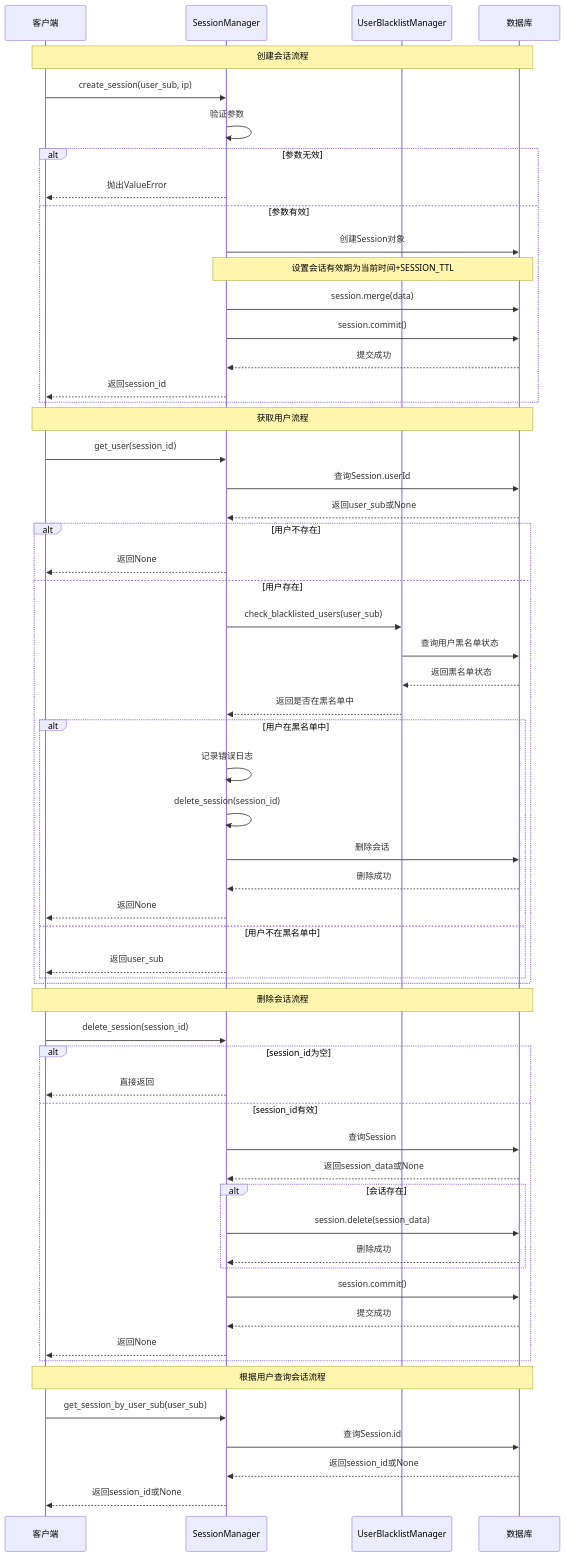
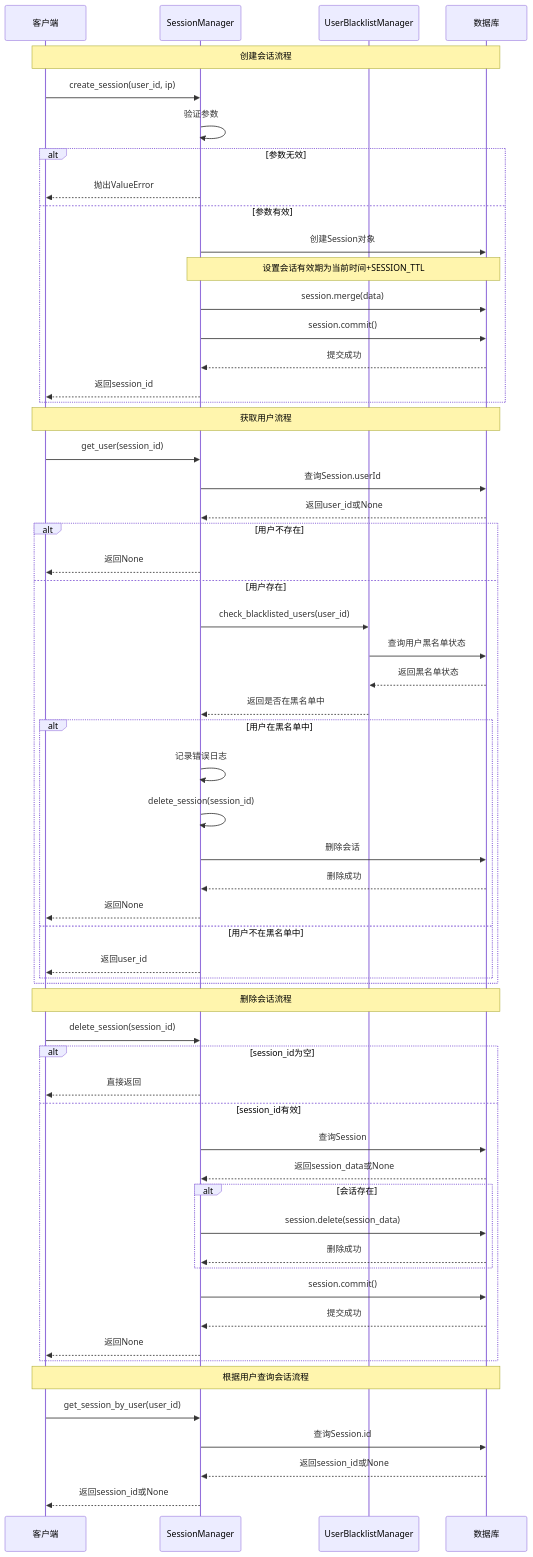
Before and after one commit to openeuler-mirror/euler-copilot-framework: the first of 3 diagrams in design/services/session.md, drawn with Mermaid. The commit also changed other lines of this file and 18 other files, not shown here.

````diff
--- a/design/services/session.md
+++ b/design/services/session.md
@@ -53,67 +53,67 @@
 ```mermaid
 sequenceDiagram
     participant Client as 客户端
     participant SessionMgr as SessionManager
     participant BlacklistMgr as UserBlacklistManager
     participant DB as 数据库
 
     Note over Client, DB: 创建会话流程
-    Client->>SessionMgr: create_session(user_sub, ip)
+    Client->>SessionMgr: create_session(user_id, ip)
     SessionMgr->>SessionMgr: 验证参数
     alt 参数无效
         SessionMgr-->>Client: 抛出ValueError
     else 参数有效
         SessionMgr->>DB: 创建Session对象
         Note over SessionMgr, DB: 设置会话有效期为当前时间+SESSION_TTL
         SessionMgr->>DB: session.merge(data)
         SessionMgr->>DB: session.commit()
         DB-->>SessionMgr: 提交成功
         SessionMgr-->>Client: 返回session_id
     end
 
     Note over Client, DB: 获取用户流程
     Client->>SessionMgr: get_user(session_id)
     SessionMgr->>DB: 查询Session.userId
-    DB-->>SessionMgr: 返回user_sub或None
+    DB-->>SessionMgr: 返回user_id或None
     
     alt 用户不存在
         SessionMgr-->>Client: 返回None
     else 用户存在
-        SessionMgr->>BlacklistMgr: check_blacklisted_users(user_sub)
+        SessionMgr->>BlacklistMgr: check_blacklisted_users(user_id)
         BlacklistMgr->>DB: 查询用户黑名单状态
         DB-->>BlacklistMgr: 返回黑名单状态
         BlacklistMgr-->>SessionMgr: 返回是否在黑名单中
         
         alt 用户在黑名单中
             SessionMgr->>SessionMgr: 记录错误日志
             SessionMgr->>SessionMgr: delete_session(session_id)
             SessionMgr->>DB: 删除会话
             DB-->>SessionMgr: 删除成功
             SessionMgr-->>Client: 返回None
         else 用户不在黑名单中
-            SessionMgr-->>Client: 返回user_sub
+            SessionMgr-->>Client: 返回user_id
         end
     end
 
     Note over Client, DB: 删除会话流程
     Client->>SessionMgr: delete_session(session_id)
     alt session_id为空
         SessionMgr-->>Client: 直接返回
     else session_id有效
         SessionMgr->>DB: 查询Session
         DB-->>SessionMgr: 返回session_data或None
         alt 会话存在
             SessionMgr->>DB: session.delete(session_data)
             DB-->>SessionMgr: 删除成功
         end
         SessionMgr->>DB: session.commit()
         DB-->>SessionMgr: 提交成功
         SessionMgr-->>Client: 返回None
     end
 
     Note over Client, DB: 根据用户查询会话流程
-    Client->>SessionMgr: get_session_by_user_sub(user_sub)
+    Client->>SessionMgr: get_session_by_user(user_id)
     SessionMgr->>DB: 查询Session.id
     DB-->>SessionMgr: 返回session_id或None
     SessionMgr-->>Client: 返回session_id或None
 ```
````
